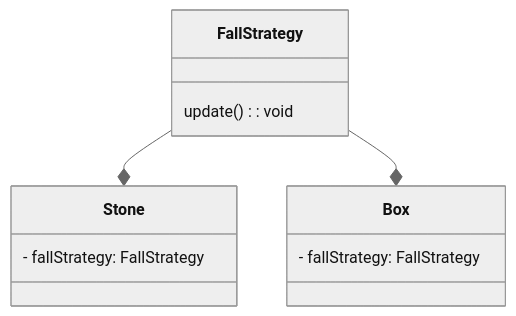
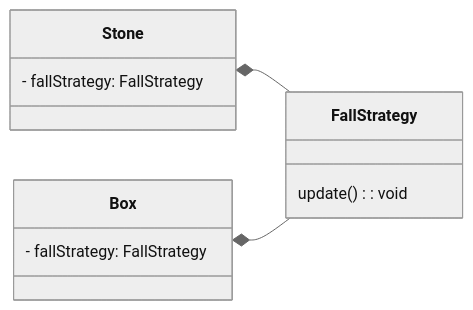
Before and after one commit to SeolYoungKim/TIL: the fourth of 5 diagrams in 북스터디/five_lines_of_code/_3주차/README.md, drawn with Mermaid (neutral theme). The commit also changed other lines of this file, not shown here.

````diff
--- a/북스터디/five_lines_of_code/_3주차/README.md
+++ b/북스터디/five_lines_of_code/_3주차/README.md
@@ -231,17 +231,18 @@
 ```mermaid
 classDiagram
+    direction RL  
     class Stone {
         - fallStrategy: FallStrategy
     }
     
     class Box {
       - fallStrategy: FallStrategy
     }
     
     class FallStrategy {
         update(): void
     }
     
     FallStrategy--*Stone
     FallStrategy--*Box
 ```
````
